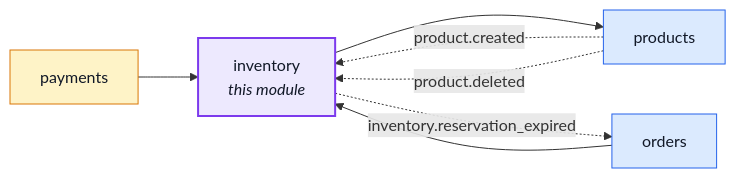
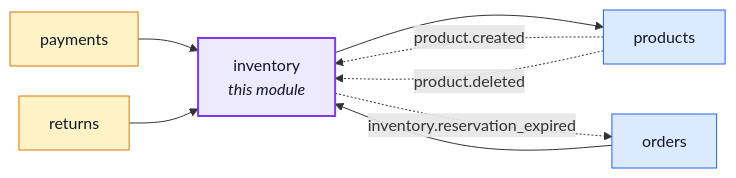
Before and after one commit to Guebbit/boilerplate-node-backend: the first of 2 diagrams in docs/modules/inventory.md, drawn with Mermaid. The commit also changed other lines of this file and 55 other files, not shown here.

````diff
--- a/docs/modules/inventory.md
+++ b/docs/modules/inventory.md
@@ -18,23 +18,25 @@
 ```mermaid
 %%{init: {'flowchart': {'nodeSpacing': 30, 'rankSpacing': 60}}}%%
 flowchart LR
     inventory["inventory<br/><i>this module</i>"]
     orders["orders"]
     payments["payments"]
     products["products"]
+    returns["returns"]
 
     orders --> inventory
     payments --> inventory
+    returns --> inventory
     inventory --> products
     products -. "product.created" .-> inventory
     products -. "product.deleted" .-> inventory
     inventory -. "inventory.reservation_expired" .-> orders
 
     classDef core fill:#dbeafe,stroke:#2563eb,color:#111827;
     classDef supporting fill:#fef3c7,stroke:#d97706,color:#111827;
     classDef generic fill:#dcfce7,stroke:#16a34a,color:#111827;
     classDef centre fill:#ede9fe,stroke:#7c3aed,stroke-width:2px,color:#111827;
     class orders,products core;
-    class payments supporting;
+    class payments,returns supporting;
     class inventory centre;
 ```
````
